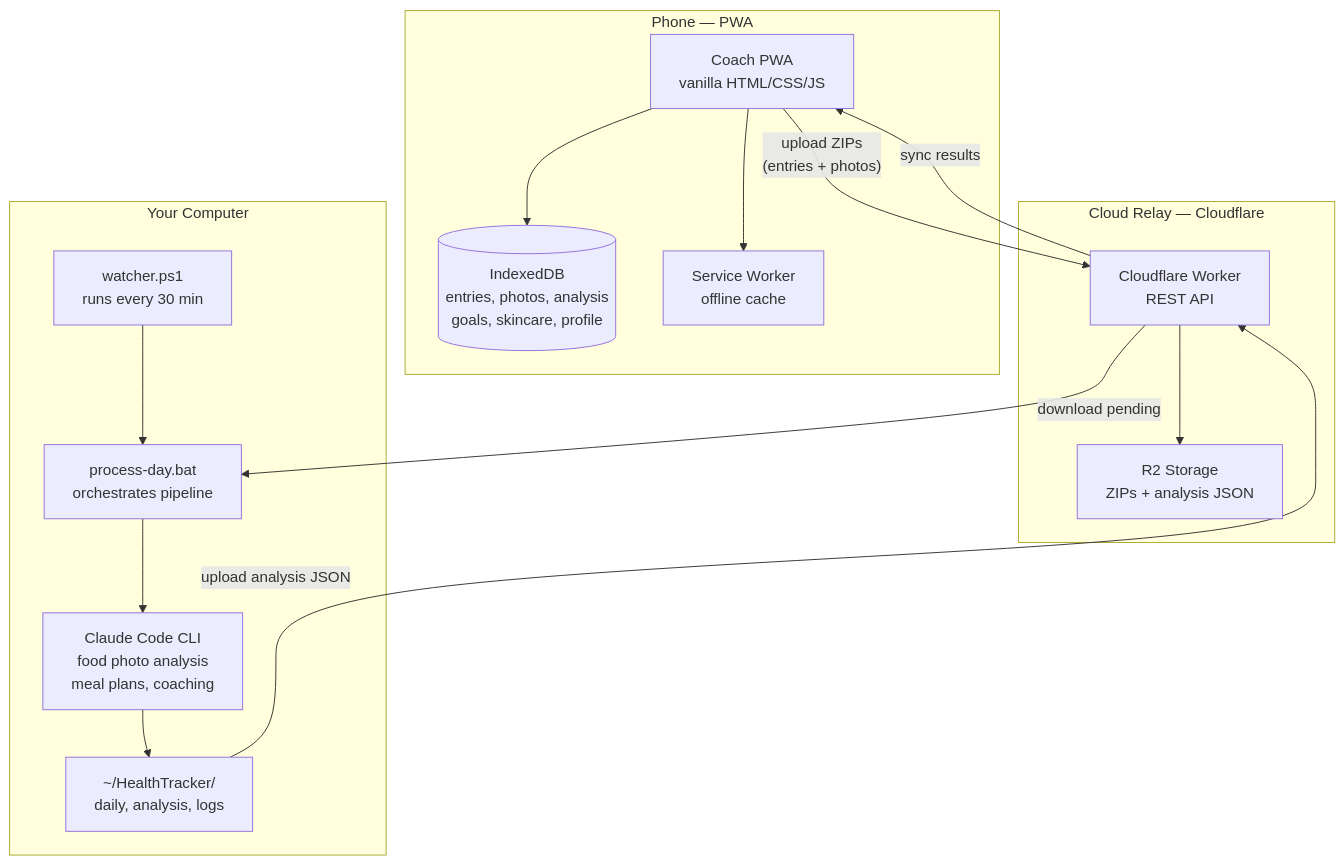
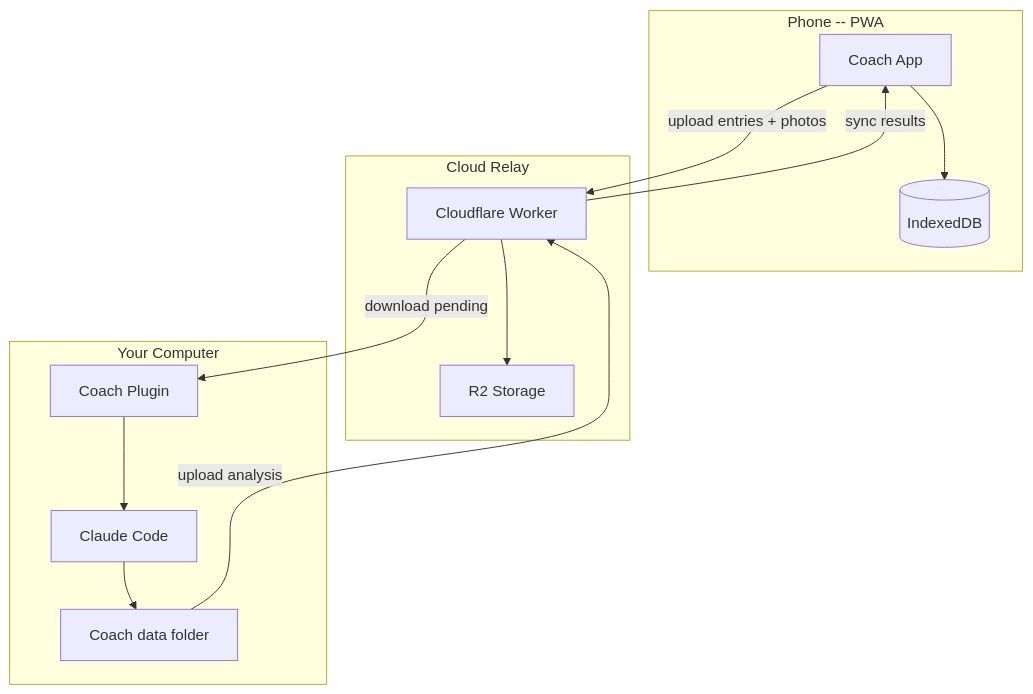
Before and after one commit to mavrakh27/health-tracker: the diagram in README.md, drawn with Mermaid. The commit also changed other lines of this file, not shown here.

Commit message:
Rewrite README: plugin-first install, current architecture, no stale docs links

````diff
--- a/README.md
+++ b/README.md
@@ -33,31 +69,27 @@
 ```mermaid
 flowchart TB
-    subgraph Phone["Phone — PWA"]
-        PWA["Coach PWA\nvanilla HTML/CSS/JS"]
-        IDB[("IndexedDB\nentries, photos, analysis\ngoals, skincare, profile")]
-        SW["Service Worker\noffline cache"]
+    subgraph Phone["Phone -- PWA"]
+        PWA["Coach App"]
+        IDB[("IndexedDB")]
         PWA --> IDB
-        PWA --> SW
     end
 
-    subgraph Relay["Cloud Relay — Cloudflare"]
-        Worker["Cloudflare Worker\nREST API"]
-        R2["R2 Storage\nZIPs + analysis JSON"]
+    subgraph Relay["Cloud Relay"]
+        Worker["Cloudflare Worker"]
+        R2["R2 Storage"]
         Worker --> R2
     end
 
     subgraph PC["Your Computer"]
-        Watcher["watcher.ps1\nruns every 30 min"]
-        ProcessDay["process-day.bat\norchestrates pipeline"]
-        Claude["Claude Code CLI\nfood photo analysis\nmeal plans, coaching"]
-        DataDir["~/HealthTracker/\ndaily, analysis, logs"]
-        Watcher --> ProcessDay
-        ProcessDay --> Claude
-        Claude --> DataDir
+        Plugin["Coach Plugin"]
+        Claude["Claude Code"]
+        Data["Coach data folder"]
+        Plugin --> Claude
+        Claude --> Data
     end
 
-    PWA -- "upload ZIPs\n(entries + photos)" --> Worker
-    Worker -- "download pending" --> ProcessDay
-    DataDir -- "upload analysis JSON" --> Worker
+    PWA -- "upload entries + photos" --> Worker
+    Worker -- "download pending" --> Plugin
+    Data -- "upload analysis" --> Worker
     Worker -- "sync results" --> PWA
 ```
````
